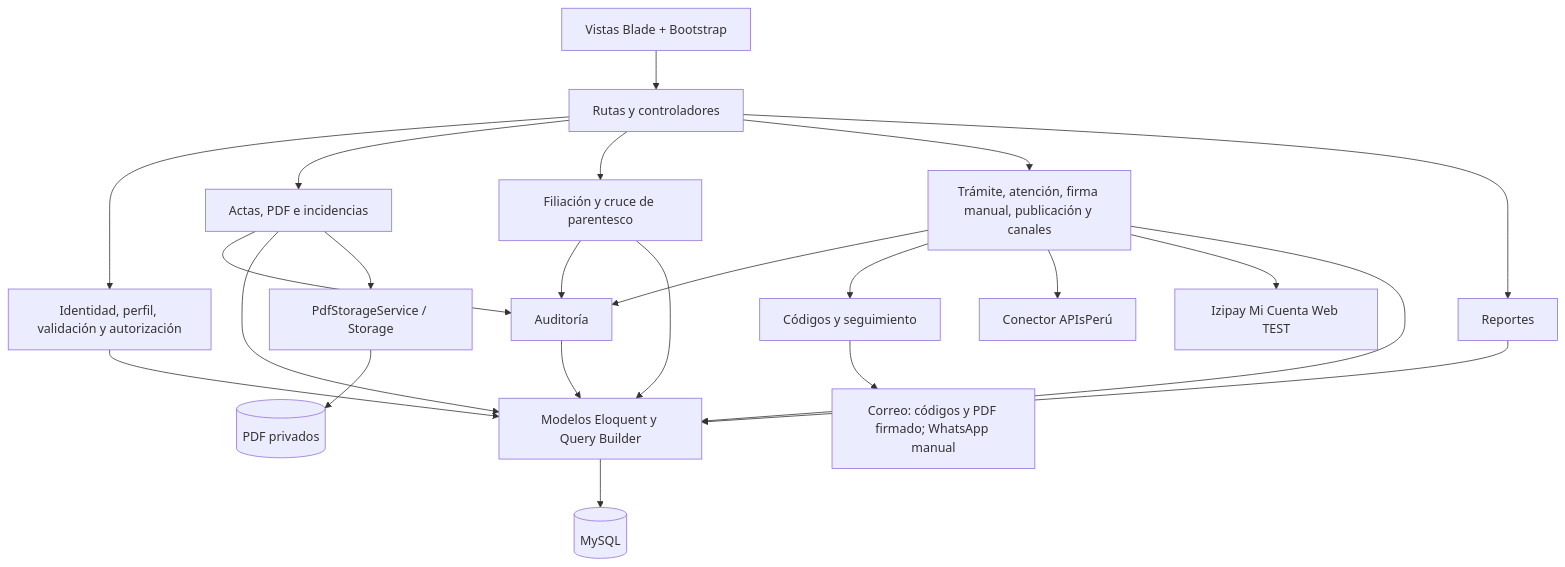
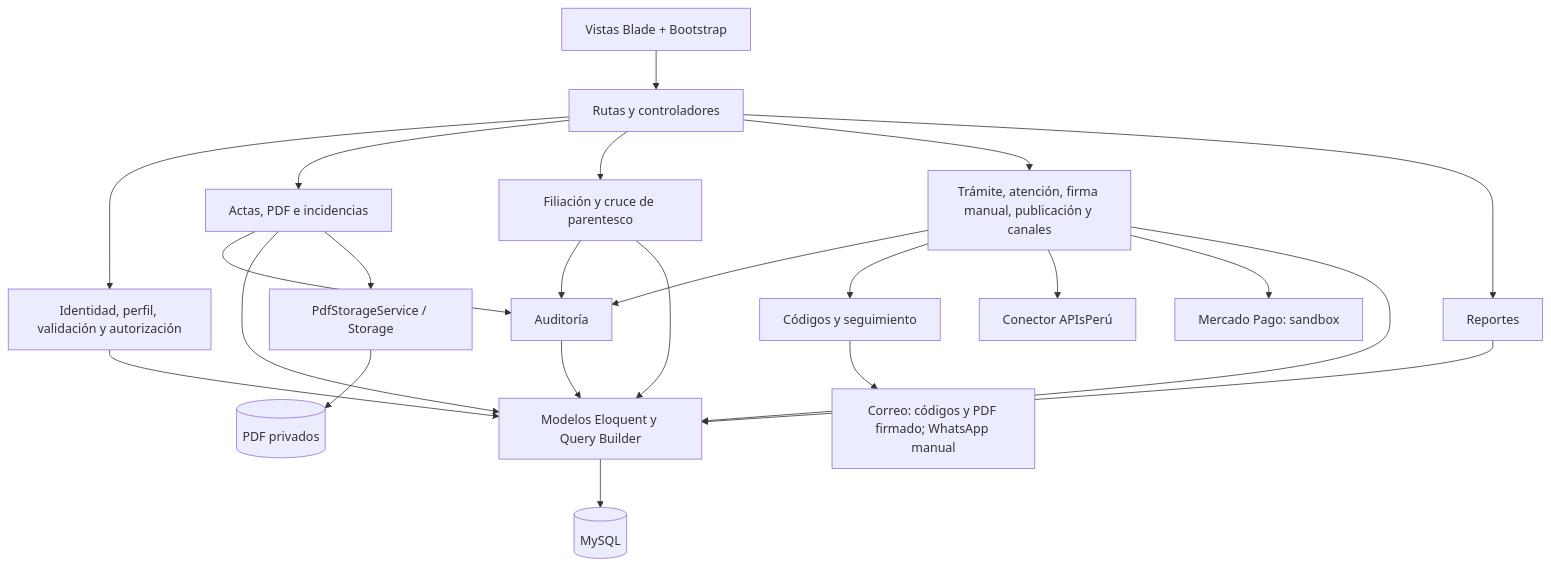
Before and after one commit to DeyviQC/RegistroCivil_arquiSoft_Quispe-02: the diagram in modelo-c4/Nivel3-Diagrama-de-Componentes.md, drawn with Mermaid. The commit also changed other lines of this file and 18 other files, not shown here.

````diff
--- a/modelo-c4/Nivel3-Diagrama-de-Componentes.md
+++ b/modelo-c4/Nivel3-Diagrama-de-Componentes.md
@@ -19,25 +19,25 @@
 ```mermaid
 flowchart TD
     UI["Vistas Blade + Bootstrap"] --> Entrada["Rutas y controladores"]
     Entrada --> Acceso["Identidad, perfil, validación y autorización"]
     Entrada --> Actas["Actas, PDF e incidencias"]
     Entrada --> Filiacion["Filiación y cruce de parentesco"]
     Entrada --> Tramites["Trámite, atención, firma manual, publicación y canales"]
     Entrada --> Reportes["Reportes"]
     Actas --> Auditoria["Auditoría"]
     Filiacion --> Auditoria
     Tramites --> Auditoria
     Tramites --> Codigo["Códigos y seguimiento"]
     Codigo --> Correo["Correo: códigos y PDF firmado; WhatsApp manual"]
     Tramites --> Datos["Conector APIsPerú"]
-    Tramites --> Izipay["Izipay Mi Cuenta Web TEST"]
+    Tramites --> MercadoPago["Mercado Pago: sandbox"]
     Actas --> Modelos["Modelos Eloquent y Query Builder"]
     Filiacion --> Modelos
     Tramites --> Modelos
     Reportes --> Modelos
     Auditoria --> Modelos
     Acceso --> Modelos
     Modelos --> BD[("MySQL")]
     Actas --> Storage["PdfStorageService / Storage"]
     Storage --> PDF[("PDF privados")]
 ```
````
